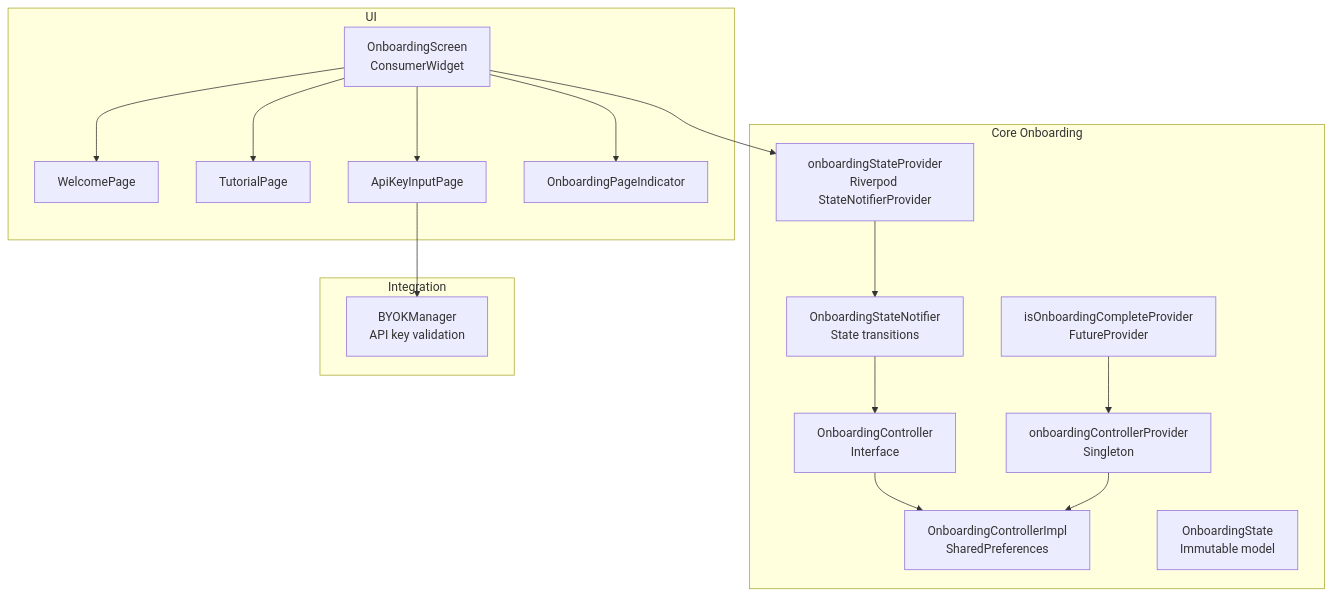
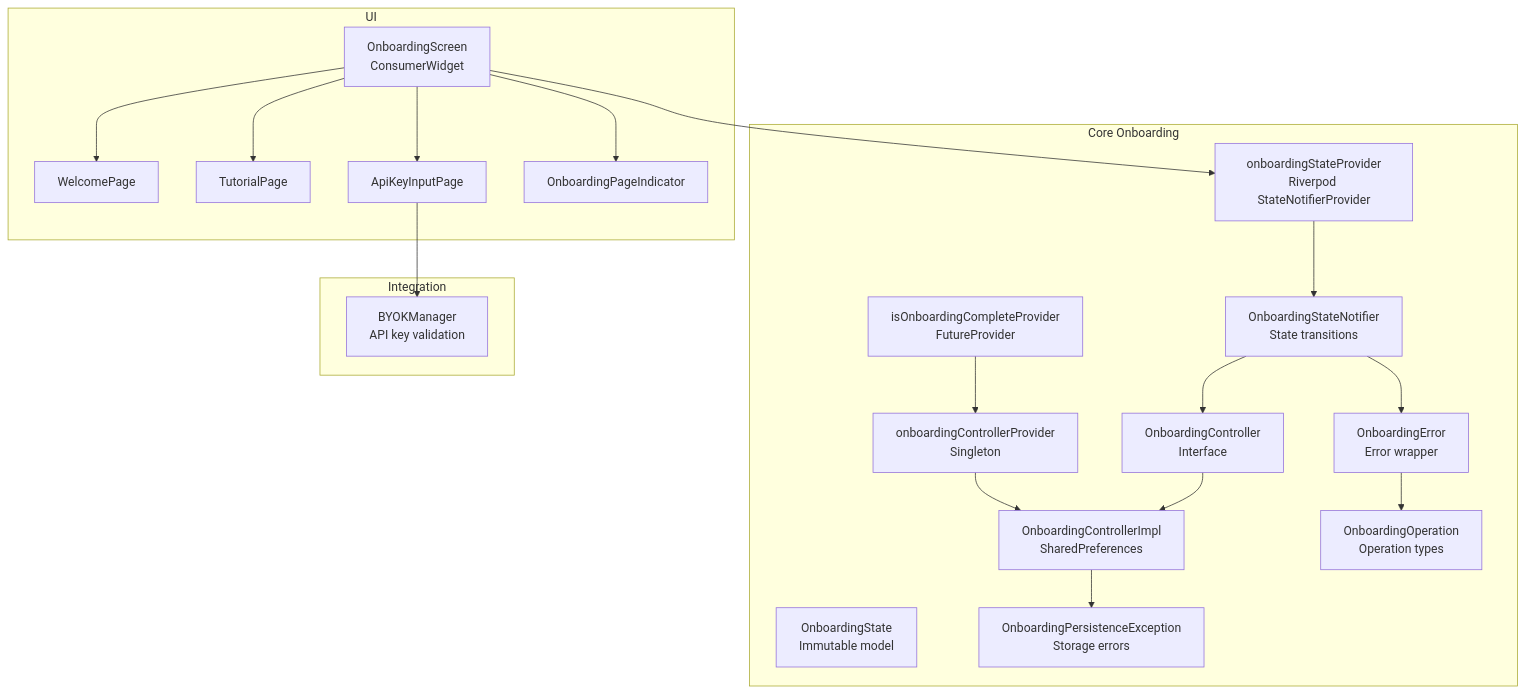
One commit to JAaron93/StyleSync changed the first of 8 diagrams in .qoder/repowiki/en/content/Core Services/Onboarding Controller.md. Above: the diagram before and after it, drawn with Mermaid. The commit also changed other lines of this file and 36 other files, not shown here.

````diff
--- a/.qoder/repowiki/en/content/Core Services/Onboarding Controller.md
+++ b/.qoder/repowiki/en/content/Core Services/Onboarding Controller.md
@@ -39,33 +55,39 @@
 ```mermaid
 graph TB
 subgraph "Core Onboarding"
 OC["OnboardingController<br/>Interface"]
 OCI["OnboardingControllerImpl<br/>SharedPreferences"]
 OSN["OnboardingStateNotifier<br/>State transitions"]
 OSP["onboardingStateProvider<br/>Riverpod StateNotifierProvider"]
 OCP["onboardingControllerProvider<br/>Singleton"]
 OPS["isOnboardingCompleteProvider<br/>FutureProvider"]
 OS["OnboardingState<br/>Immutable model"]
+OE["OnboardingError<br/>Error wrapper"]
+OPE["OnboardingPersistenceException<br/>Storage errors"]
+OO["OnboardingOperation<br/>Operation types"]
 end
 subgraph "UI"
 ONS["OnboardingScreen<br/>ConsumerWidget"]
 WP["WelcomePage"]
 TP["TutorialPage"]
 AKIP["ApiKeyInputPage"]
 OPI["OnboardingPageIndicator"]
 end
 subgraph "Integration"
 BYOK["BYOKManager<br/>API key validation"]
 end
 OC --> OCI
 OSN --> OC
 OSP --> OSN
 OCP --> OCI
 OPS --> OCP
 ONS --> OSP
 ONS --> OPI
 ONS --> WP
 ONS --> TP
 ONS --> AKIP
 AKIP --> BYOK
+OCI --> OPE
+OSN --> OE
+OE --> OO
 ```
````
